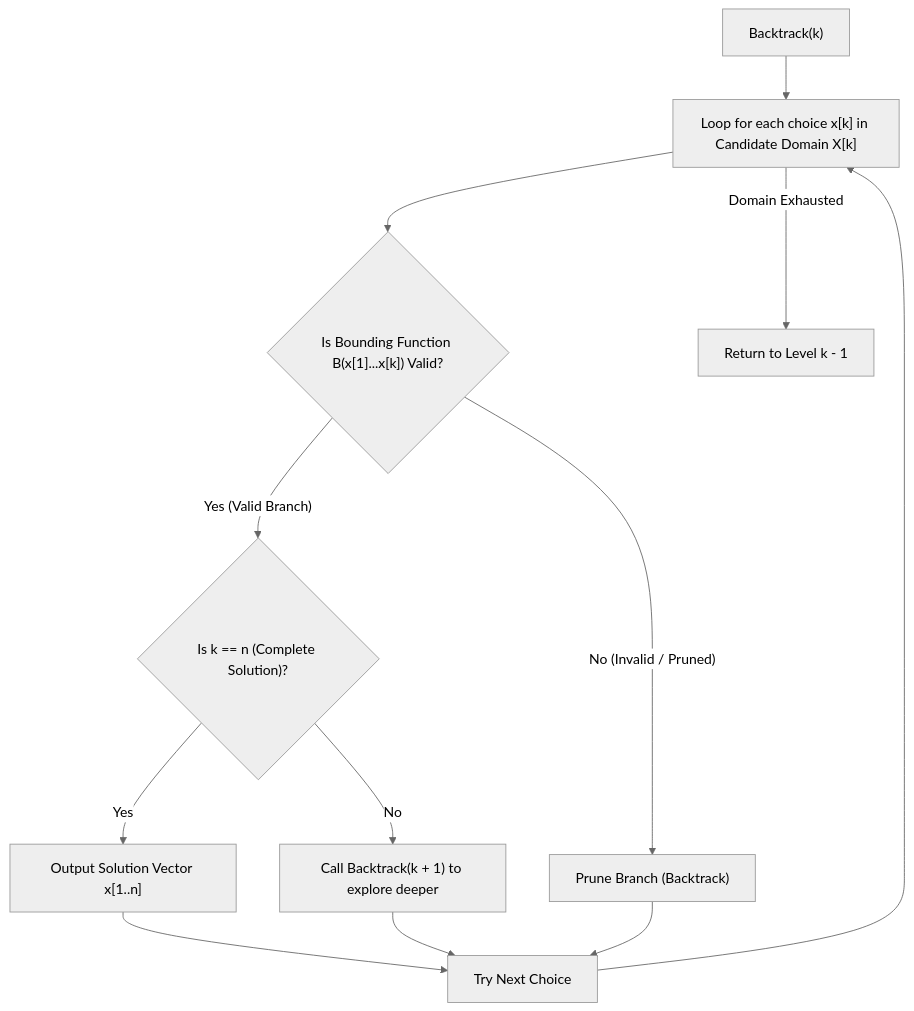
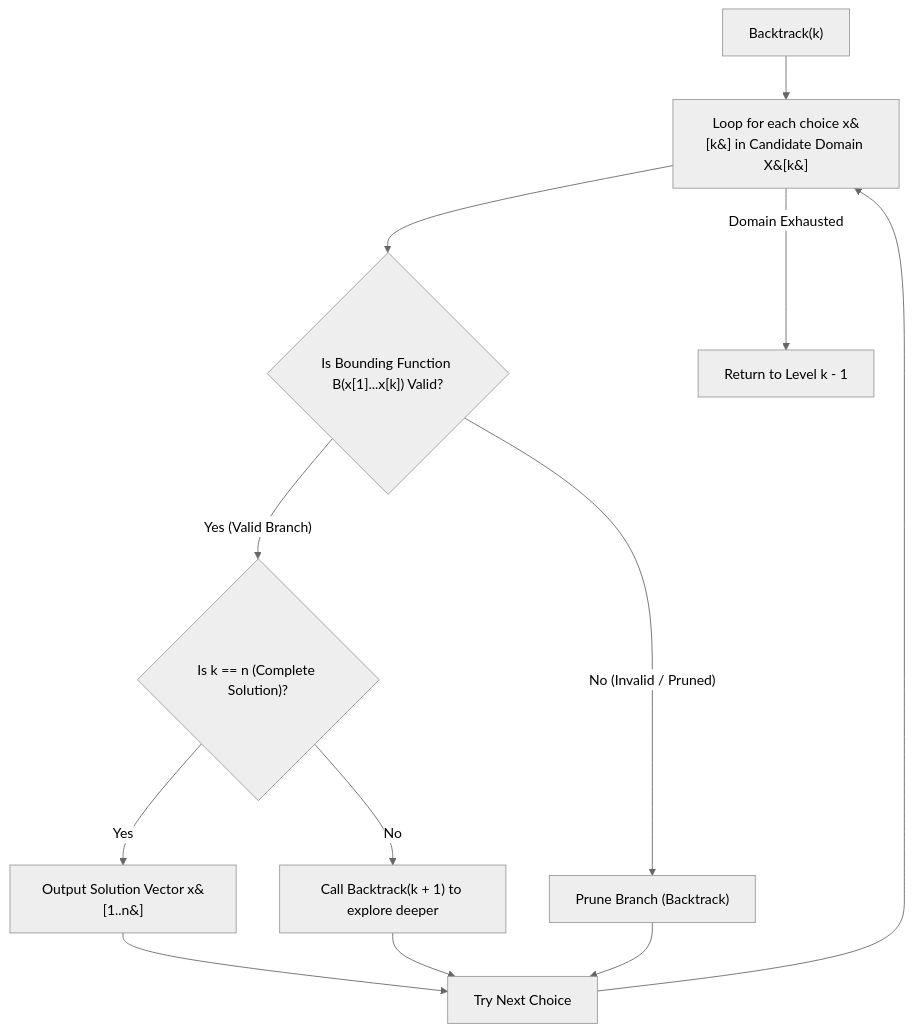
Before and after one commit to DeepLumiere/DeepSkills: the second of 4 diagrams in notes/design_and_analysis_of_algorithms/Unit_07_Backtracking_and_Branch_Bound.md, drawn with Mermaid (neutral theme). The commit also changed other lines of this file and 56 other files, not shown here.

````diff
--- a/notes/design_and_analysis_of_algorithms/Unit_07_Backtracking_and_Branch_Bound.md
+++ b/notes/design_and_analysis_of_algorithms/Unit_07_Backtracking_and_Branch_Bound.md
@@ -75,19 +75,19 @@
 ```mermaid
 
 flowchart TD
 
-    Start["Backtrack(k)"] --> Loop["Loop for each choice x[k] in Candidate Domain X[k]"]
+    Start["Backtrack(k)"] --> Loop["Loop for each choice x&#91;k&#93; in Candidate Domain X&#91;k&#93;"]
 
     Loop --> CheckValid{"Is Bounding Function B(x[1]...x[k]) Valid?"}
 
     CheckValid -- "Yes (Valid Branch)" --> CheckSol{"Is k == n (Complete Solution)?"}
 
-    CheckSol -- Yes --> Output["Output Solution Vector x[1..n]"] --> NextVal["Try Next Choice"] --> Loop
+    CheckSol -- Yes --> Output["Output Solution Vector x&#91;1..n&#93;"] --> NextVal["Try Next Choice"] --> Loop
 
     CheckSol -- No --> Recurse["Call Backtrack(k + 1) to explore deeper"] --> NextVal
 
     CheckValid -- "No (Invalid / Pruned)" --> Prune["Prune Branch (Backtrack)"] --> NextVal
 
     Loop -- "Domain Exhausted" --> Return["Return to Level k - 1"]
 
 ```
````
